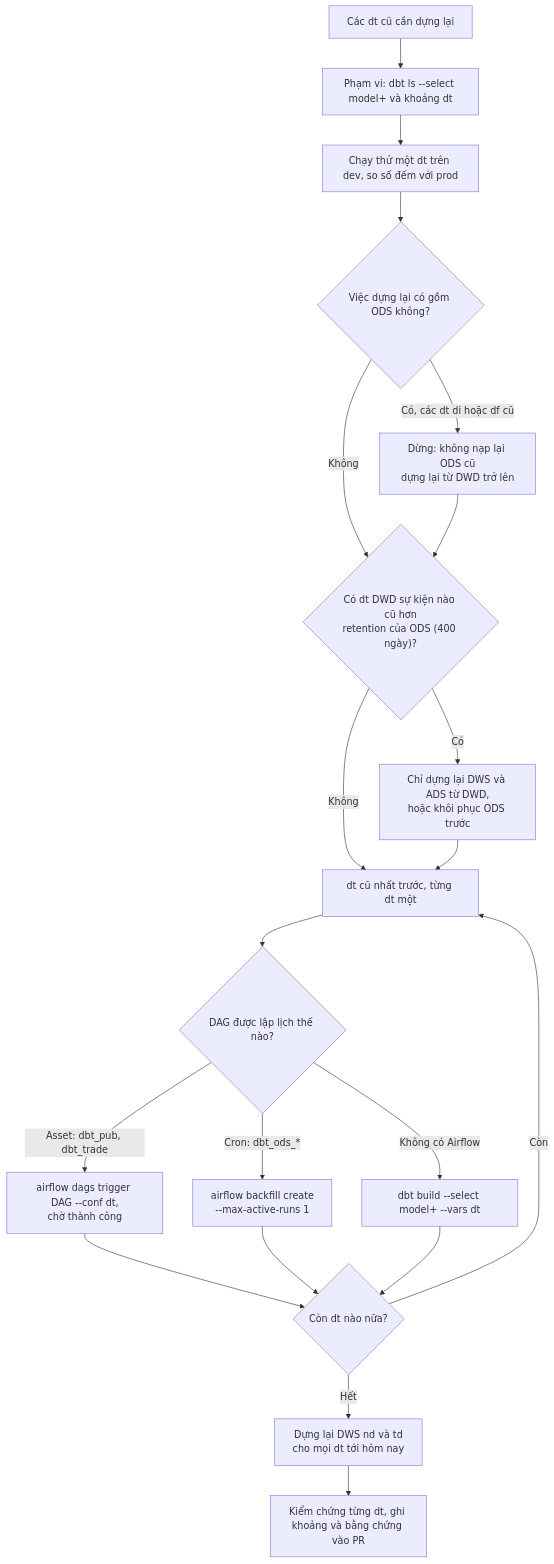
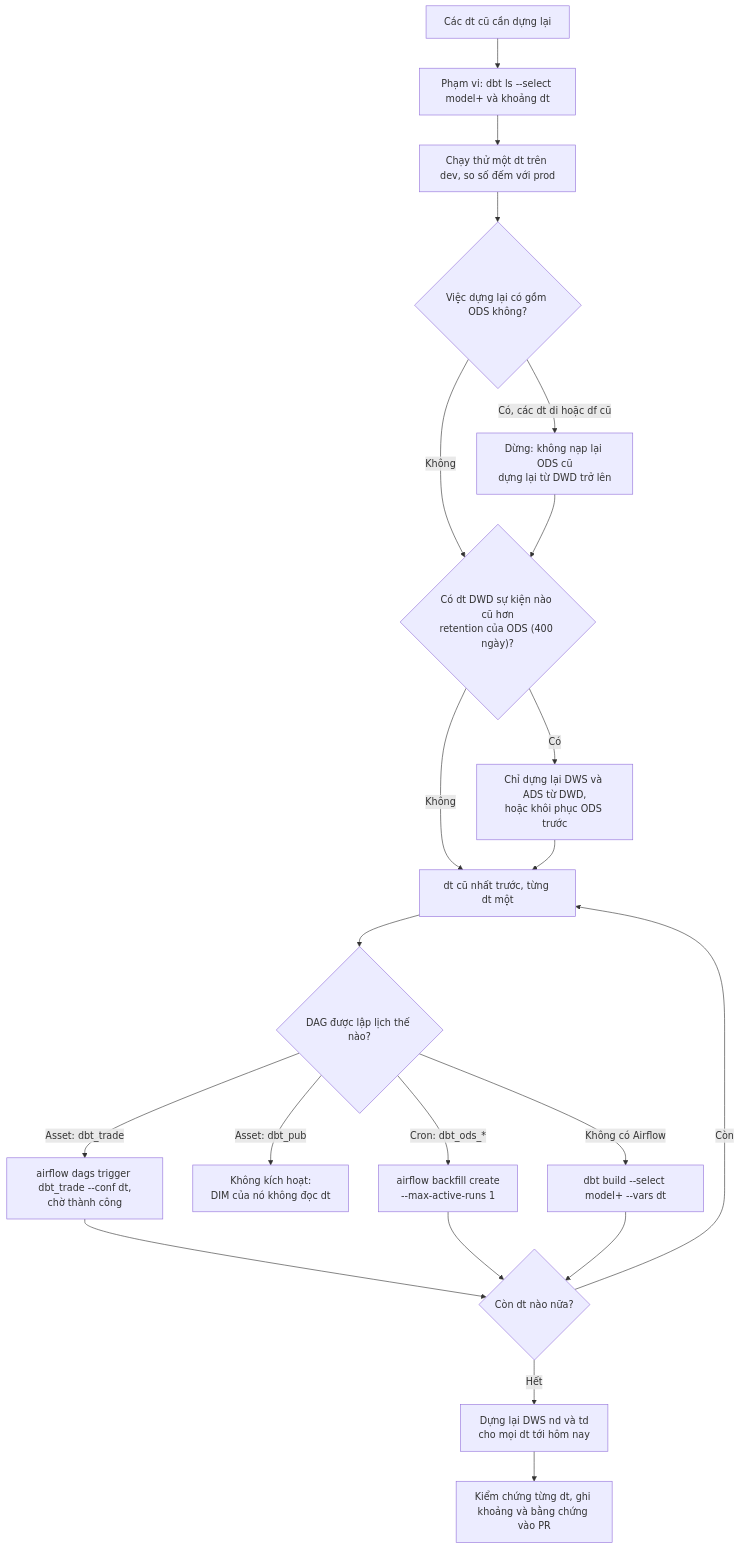
The sixth of 6 diagrams in docs/vi/guides/data-model-development.md (egret-data/example-dwh), drawn with Mermaid before and after one commit. The commit also changed other lines of this file and 26 other files, not shown here.

````diff
--- a/docs/vi/guides/data-model-development.md
+++ b/docs/vi/guides/data-model-development.md
@@ -541,22 +542,23 @@
 ```mermaid
 flowchart TD
     A["Các dt cũ cần dựng lại"] --> B["Phạm vi: dbt ls --select model+ và khoảng dt"]
     B --> C["Chạy thử một dt trên dev, so số đếm với prod"]
     C --> D{"Việc dựng lại có gồm ODS không?"}
     D -->|"Có, các dt di hoặc df cũ"| E["Dừng: không nạp lại ODS cũ<br/>dựng lại từ DWD trở lên"]
     D -->|"Không"| F{"Có dt DWD sự kiện nào cũ hơn<br/>retention của ODS (400 ngày)?"}
     E --> F
     F -->|"Có"| G["Chỉ dựng lại DWS và ADS từ DWD,<br/>hoặc khôi phục ODS trước"]
     F -->|"Không"| H["dt cũ nhất trước, từng dt một"]
     G --> H
     H --> I{"DAG được lập lịch thế nào?"}
-    I -->|"Asset: dbt_pub, dbt_trade"| J["airflow dags trigger DAG --conf dt,<br/>chờ thành công"]
+    I -->|"Asset: dbt_trade"| J["airflow dags trigger dbt_trade --conf dt,<br/>chờ thành công"]
+    I -->|"Asset: dbt_pub"| P["Không kích hoạt:<br/>DIM của nó không đọc dt"]
     I -->|"Cron: dbt_ods_*"| K["airflow backfill create<br/>--max-active-runs 1"]
     I -->|"Không có Airflow"| L["dbt build --select model+ --vars dt"]
     J --> M{"Còn dt nào nữa?"}
     K --> M
     L --> M
     M -->|"Còn"| H
     M -->|"Hết"| N["Dựng lại DWS nd và td<br/>cho mọi dt tới hôm nay"]
     N --> O["Kiểm chứng từng dt, ghi khoảng và bằng chứng vào PR"]
 ```
````
